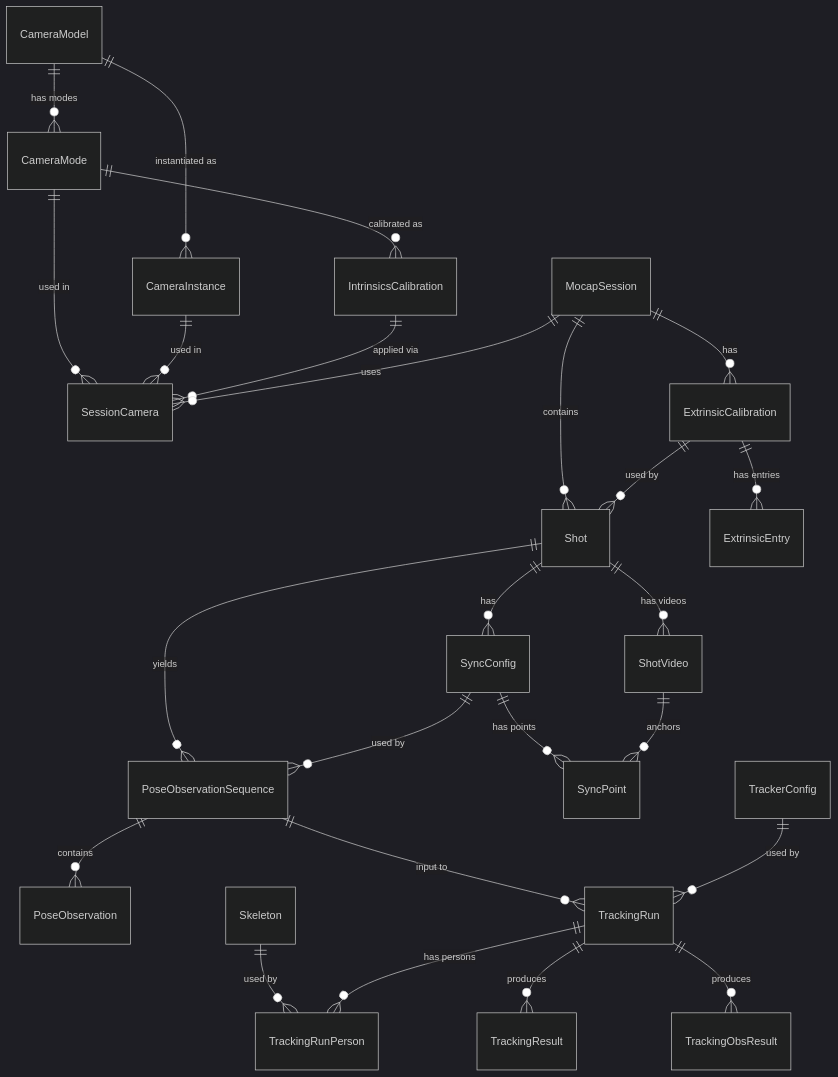
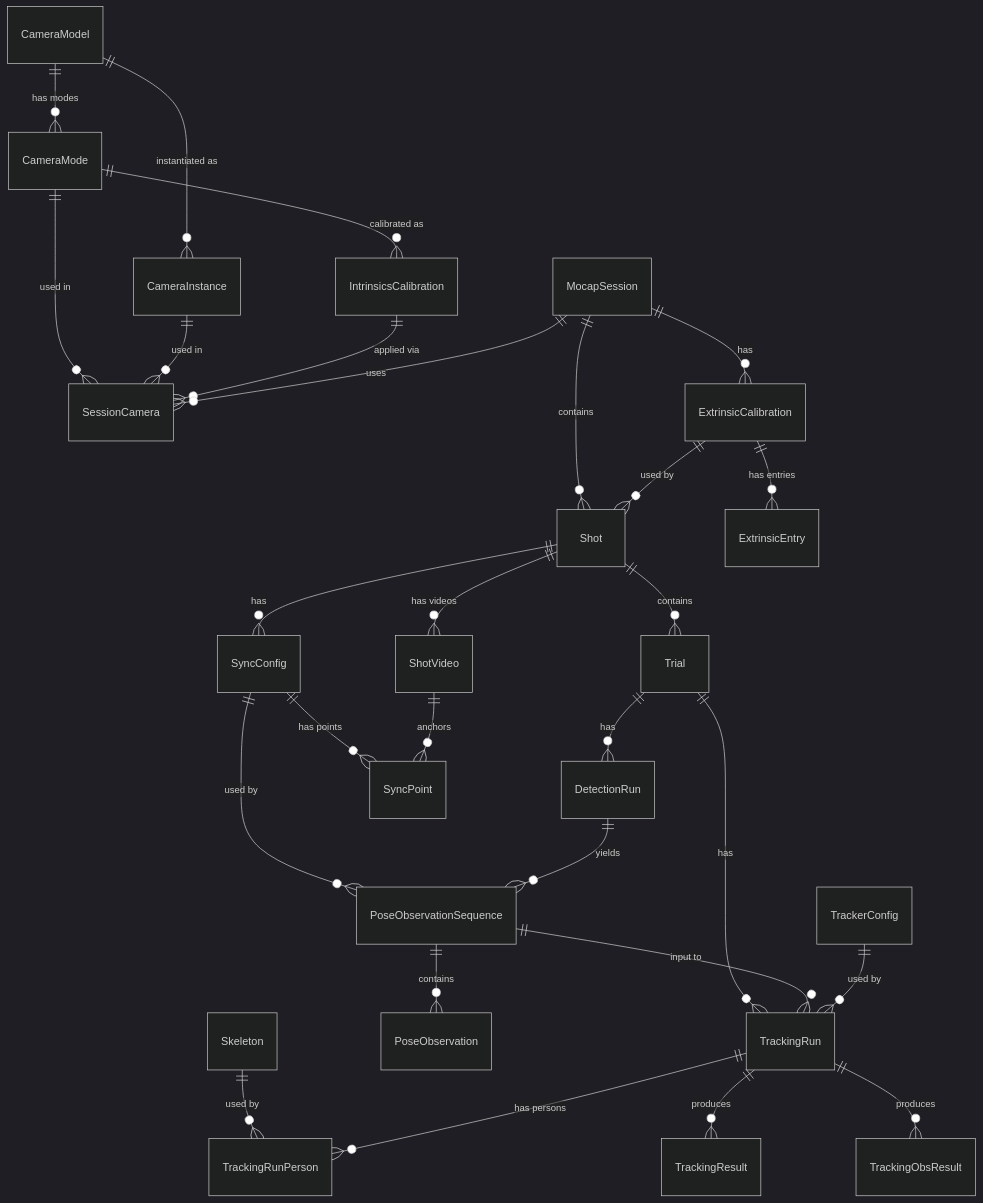
One commit to hkaimio/posetrak changed the diagram in docs/architecture/data-model.md. Above: the diagram before and after it, drawn with Mermaid (dark theme). The commit also changed other lines of this file and 3 other files, not shown here.

First line of the commit message:
docs: update architecture docs for trial hierarchy and recent changes

````diff
--- a/docs/architecture/data-model.md
+++ b/docs/architecture/data-model.md
@@ -9,27 +9,30 @@
 ```mermaid
 erDiagram
   CameraModel     ||--o{ CameraMode               : "has modes"
   CameraModel     ||--o{ CameraInstance            : "instantiated as"
   CameraMode      ||--o{ IntrinsicsCalibration     : "calibrated as"
   CameraMode      ||--o{ SessionCamera             : "used in"
   CameraInstance  ||--o{ SessionCamera             : "used in"
   IntrinsicsCalibration ||--o{ SessionCamera       : "applied via"
   MocapSession    ||--o{ SessionCamera             : "uses"
   MocapSession    ||--o{ ExtrinsicCalibration      : "has"
   MocapSession    ||--o{ Shot                      : "contains"
   ExtrinsicCalibration ||--o{ ExtrinsicEntry       : "has entries"
   ExtrinsicCalibration ||--o{ Shot                 : "used by"
   Shot            ||--o{ ShotVideo                 : "has videos"
   Shot            ||--o{ SyncConfig                : "has"
-  Shot            ||--o{ PoseObservationSequence   : "yields"
+  Shot            ||--o{ Trial                     : "contains"
+  Trial           ||--o{ DetectionRun              : "has"
+  Trial           ||--o{ TrackingRun               : "has"
   SyncConfig      ||--o{ SyncPoint                 : "has points"
   ShotVideo       ||--o{ SyncPoint                 : "anchors"
   SyncConfig      ||--o{ PoseObservationSequence   : "used by"
+  DetectionRun    ||--o{ PoseObservationSequence   : "yields"
   PoseObservationSequence ||--o{ PoseObservation   : "contains"
   PoseObservationSequence ||--o{ TrackingRun       : "input to"
   Skeleton        ||--o{ TrackingRunPerson         : "used by"
   TrackerConfig   ||--o{ TrackingRun               : "used by"
   TrackingRun     ||--o{ TrackingRunPerson         : "has persons"
   TrackingRun     ||--o{ TrackingResult            : "produces"
   TrackingRun     ||--o{ TrackingObsResult         : "produces"
 ```
````
